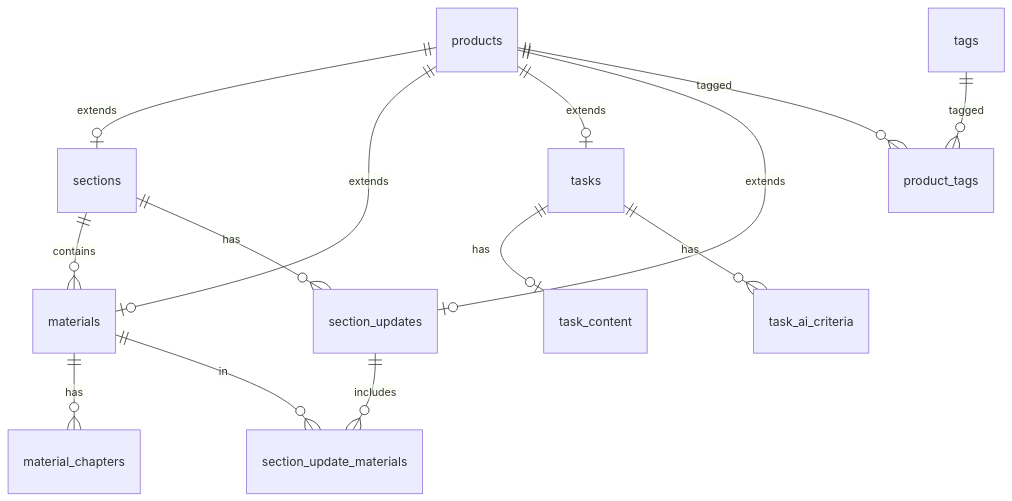
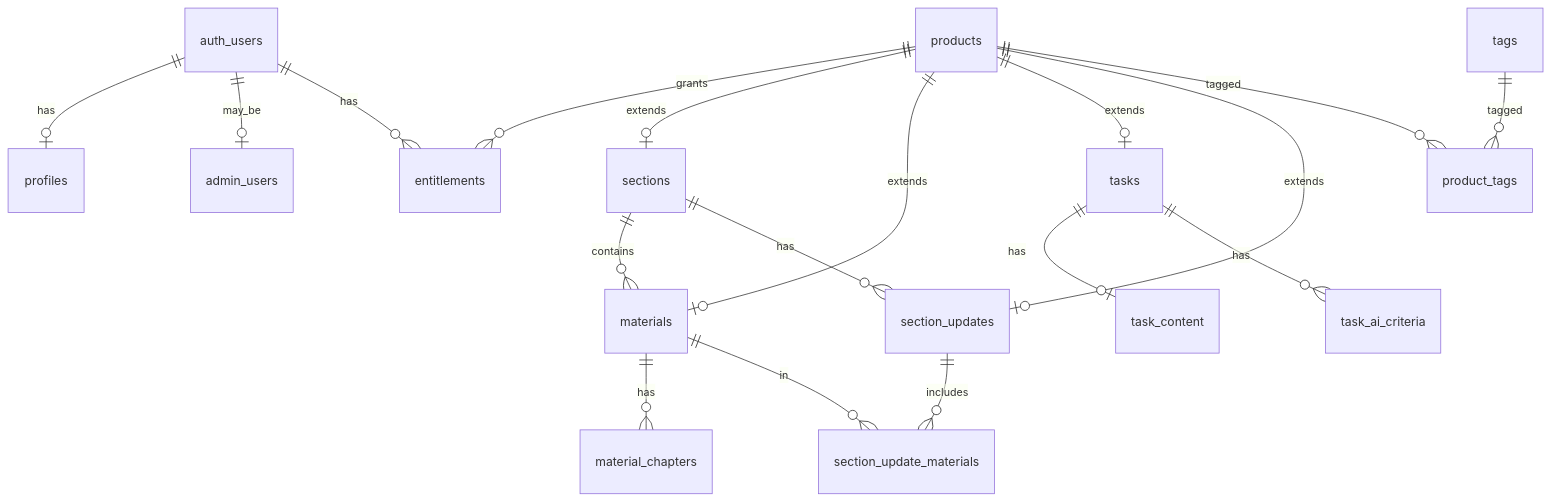
One commit to dmitryjs/design-tusovka changed the diagram in docs/DATA_MODEL.md. Above: the diagram before and after it, drawn with Mermaid. The commit also changed other lines of this file and 7 other files, not shown here.

Commit message:
feat(db): add profiles and entitlements foundation

````diff
--- a/docs/DATA_MODEL.md
+++ b/docs/DATA_MODEL.md
@@ -119,16 +176,20 @@
 ```mermaid
 erDiagram
+  auth_users ||--o| profiles : has
+  auth_users ||--o| admin_users : may_be
+  auth_users ||--o{ entitlements : has
+  products ||--o{ entitlements : grants
   products ||--o| sections : extends
   products ||--o| materials : extends
   products ||--o| tasks : extends
   products ||--o| section_updates : extends
   sections ||--o{ materials : contains
   materials ||--o{ material_chapters : has
   tasks ||--o| task_content : has
   tasks ||--o{ task_ai_criteria : has
   products ||--o{ product_tags : tagged
   tags ||--o{ product_tags : tagged
   sections ||--o{ section_updates : has
   section_updates ||--o{ section_update_materials : includes
   materials ||--o{ section_update_materials : in
 ```
````
